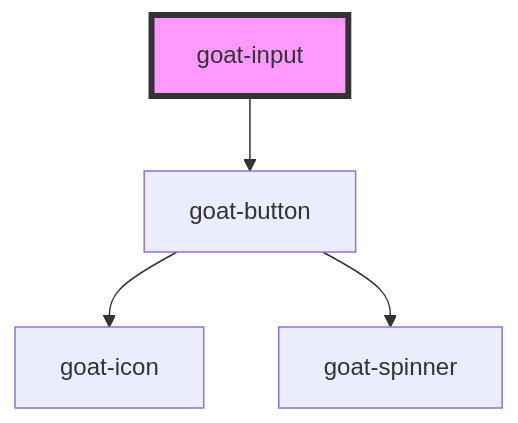
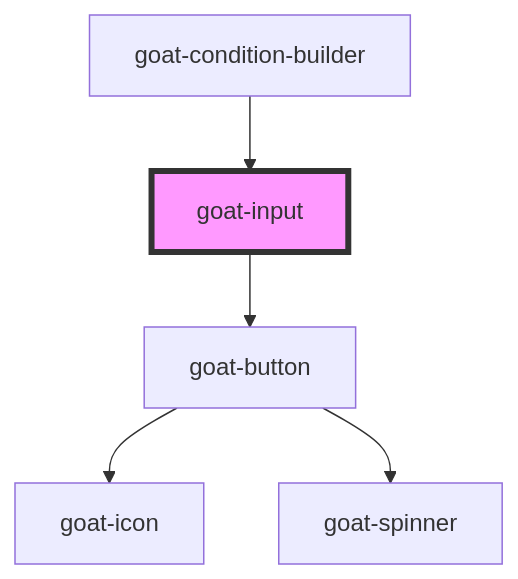
Before and after one commit to goatui/components: the diagram in src/components/data-entry/input/input/readme.md, drawn with Mermaid. The commit also changed other lines of this file and 21 other files, not shown here.

Commit message:
condition builder initial commit + button index fix.

````diff
--- a/src/components/data-entry/input/input/readme.md
+++ b/src/components/data-entry/input/input/readme.md
@@ -80,7 +85,8 @@
 ```mermaid
 graph TD;
   goat-input --> goat-button
   goat-button --> goat-icon
   goat-button --> goat-spinner
+  goat-condition-builder --> goat-input
   style goat-input fill:#f9f,stroke:#333,stroke-width:4px
 ```
````
